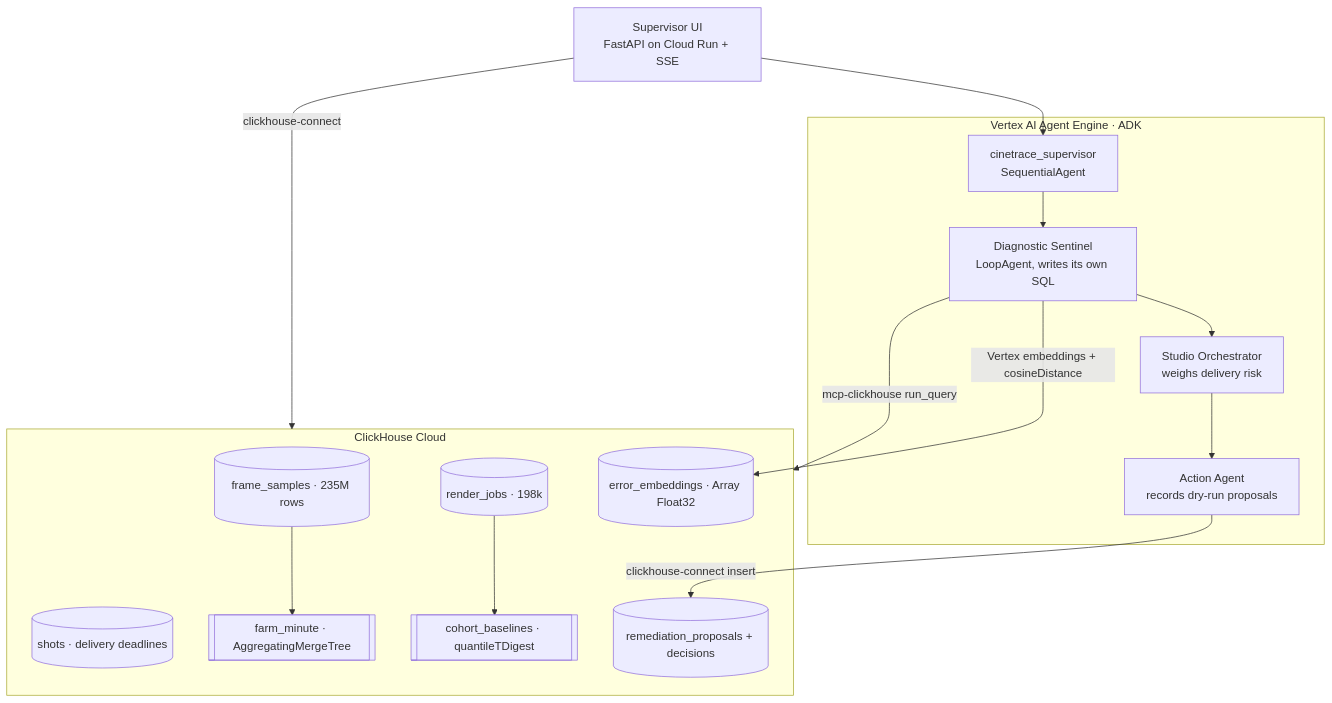
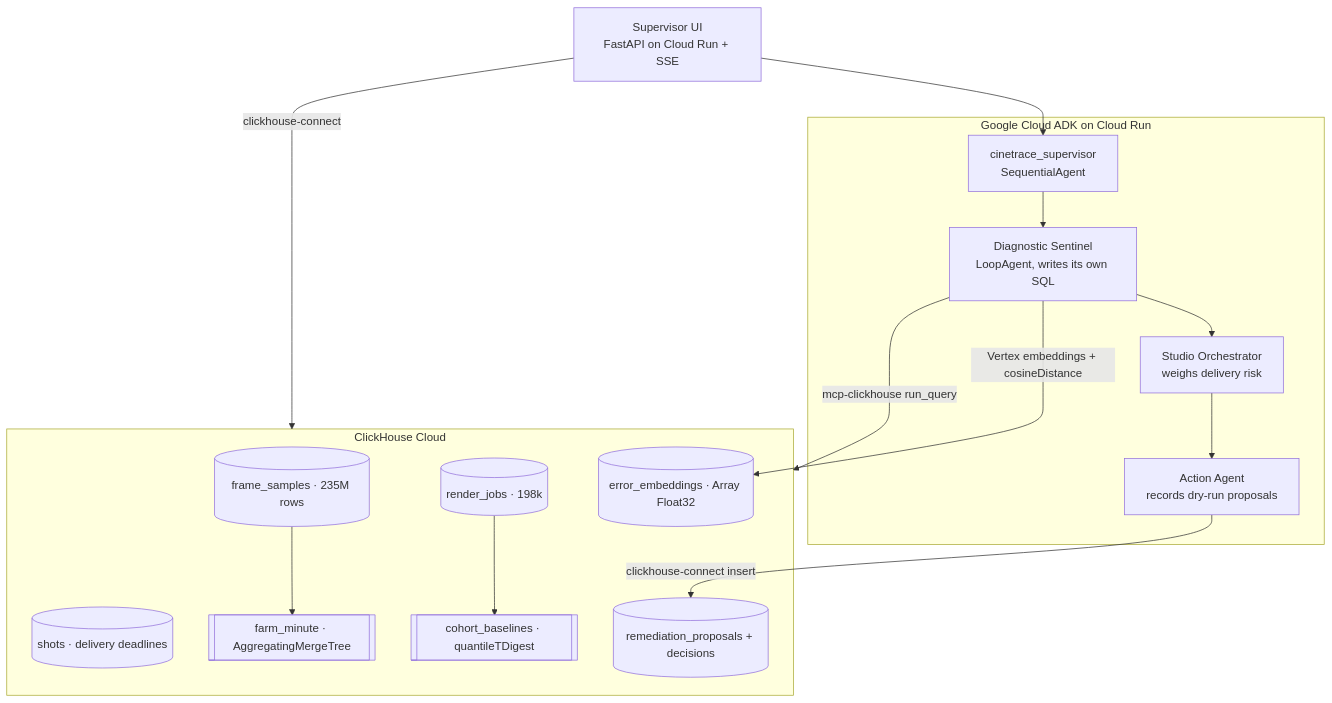
One commit to asaf-avron/cinetrace-ai changed the diagram in README.md. Above: the diagram before and after it, drawn with Mermaid. The commit also changed 20 other files, not shown here.

````diff
--- a/README.md
+++ b/README.md
@@ -40,27 +40,27 @@
 ```mermaid
 flowchart TB
     subgraph ch [ClickHouse Cloud]
         FS[("frame_samples · 235M rows")]
         RJ[("render_jobs · 198k")]
         SH[("shots · delivery deadlines")]
         MV[["farm_minute · AggregatingMergeTree"]]
         CB[["cohort_baselines · quantileTDigest"]]
         EE[("error_embeddings · Array Float32")]
         RP[("remediation_proposals + decisions")]
         FS --> MV
         RJ --> CB
     end
-    subgraph adk [Vertex AI Agent Engine · ADK]
+    subgraph adk [Google Cloud ADK on Cloud Run]
         SEQ["cinetrace_supervisor<br/>SequentialAgent"]
         SEN["Diagnostic Sentinel<br/>LoopAgent, writes its own SQL"]
         DEC["Studio Orchestrator<br/>weighs delivery risk"]
         ACT["Action Agent<br/>records dry-run proposals"]
         SEQ --> SEN --> DEC --> ACT
     end
     UI["Supervisor UI<br/>FastAPI on Cloud Run + SSE"]
     SEN -->|"mcp-clickhouse run_query"| ch
     SEN -->|"Vertex embeddings + cosineDistance"| EE
     ACT -->|"clickhouse-connect insert"| RP
     UI -->|"clickhouse-connect"| ch
     UI --> SEQ
 ```
````
